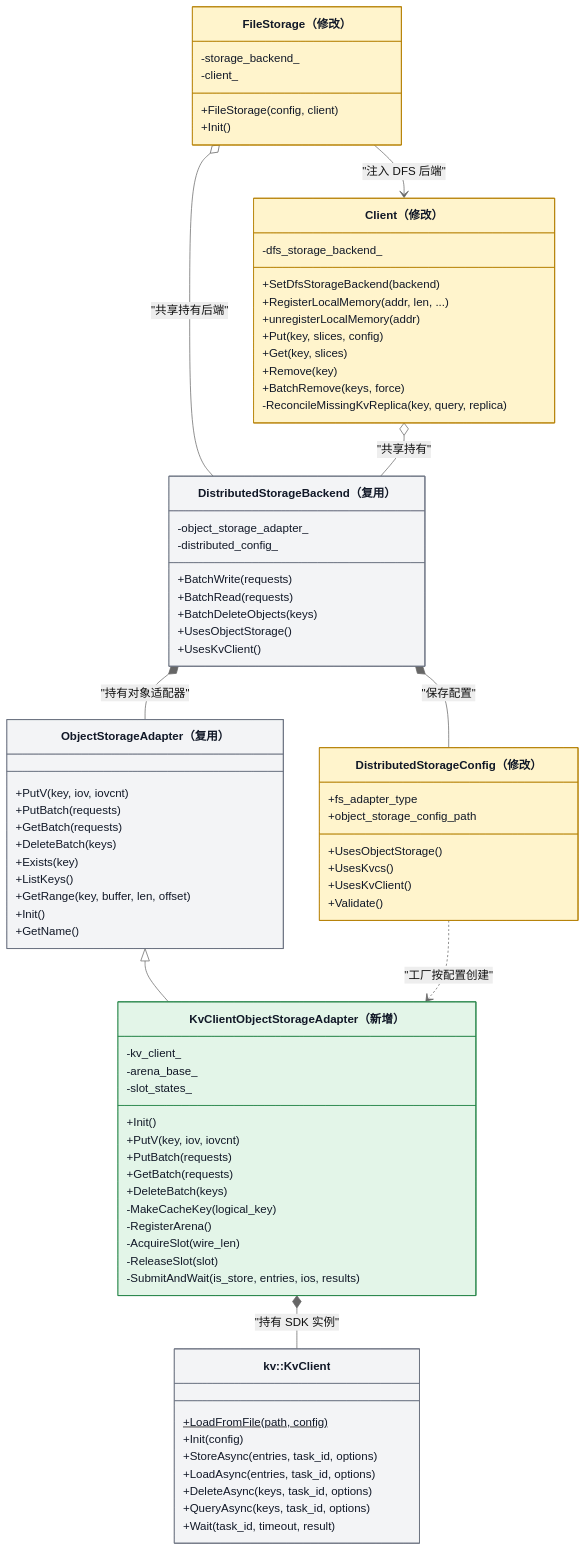
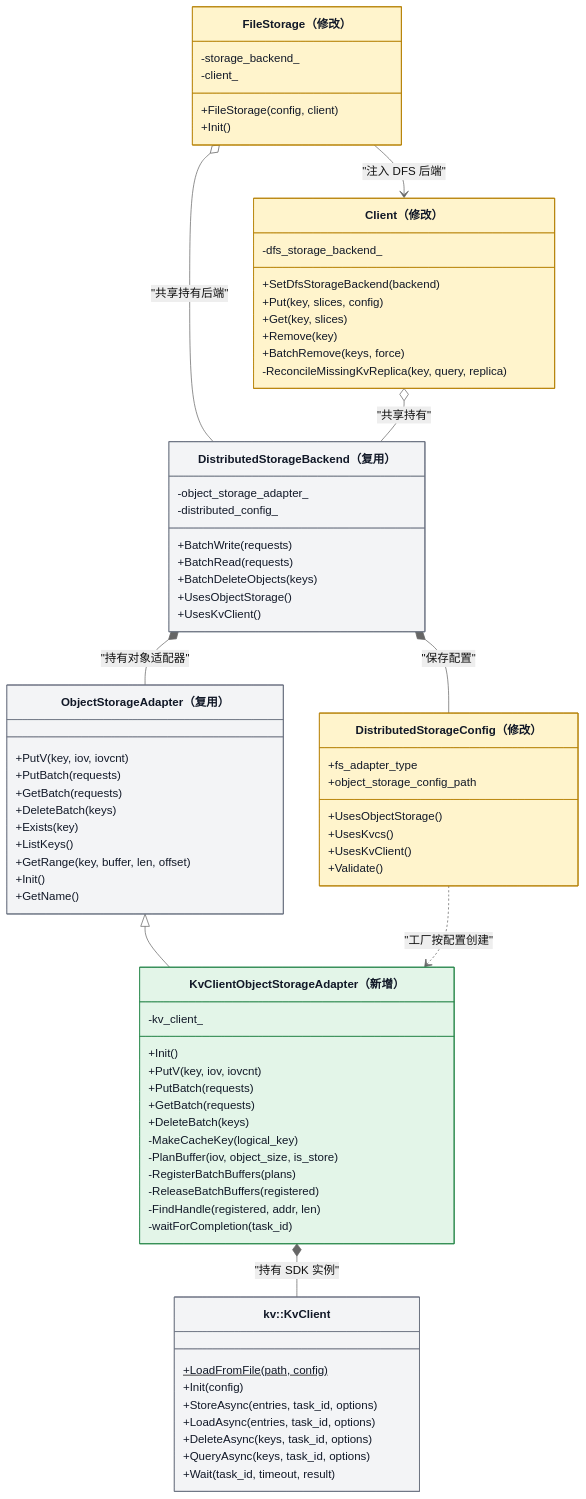
Before and after one commit to zwj20000328-dotcom/Mooncake-documents: the second of 13 diagrams in Mooncake + KVClient L3 接入（Kvcs）- v3.md, drawn with Mermaid (neutral theme). The commit also changed other lines of this file, not shown here.

First line of the commit message:
docs: register caller buffers per batch inside the adapter

```diff
--- a/Mooncake + KVClient L3 接入（Kvcs）- v3.md
+++ b/Mooncake + KVClient L3 接入（Kvcs）- v3.md
@@ -145,8 +145,6 @@
     class Client["Client（修改）"] {
         -dfs_storage_backend_
         +SetDfsStorageBackend(backend)
-        +RegisterLocalMemory(addr, len, ...)
-        +unregisterLocalMemory(addr)
         +Put(key, slices, config)
         +Get(key, slices)
         +Remove(key)
@@ -176,18 +174,17 @@
    
     class KvClientObjectStorageAdapter["KvClientObjectStorageAdapter（新增）"] {
         -kv_client_
-        -arena_base_
-        -slot_states_
         +Init()
         +PutV(key, iov, iovcnt)
         +PutBatch(requests)
         +GetBatch(requests)
         +DeleteBatch(keys)
         -MakeCacheKey(logical_key)
-        -RegisterArena()
-        -AcquireSlot(wire_len)
-        -ReleaseSlot(slot)
-        -SubmitAndWait(is_store, entries, ios, results)
+        -PlanBuffer(iov, object_size, is_store)
+        -RegisterBatchBuffers(plans)
+        -ReleaseBatchBuffers(registered)
+        -FindHandle(registered, addr, len)
+        -waitForCompletion(task_id)
     }
 
     class SdkKvClient["kv::KvClient"] {
```
